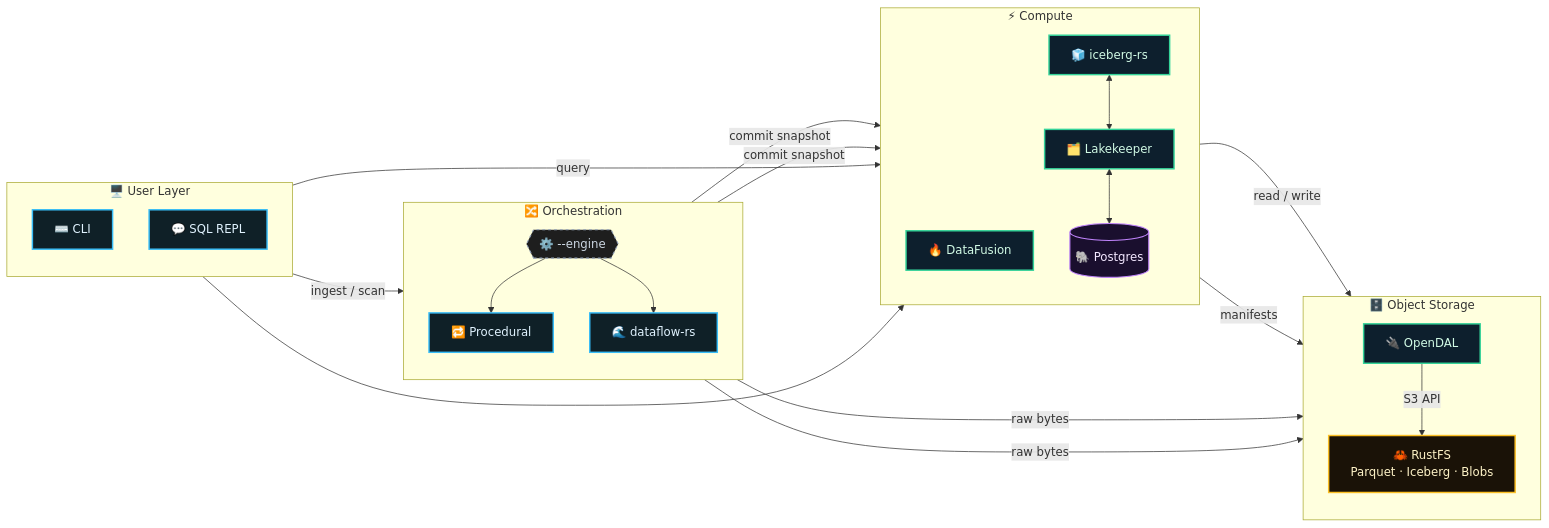
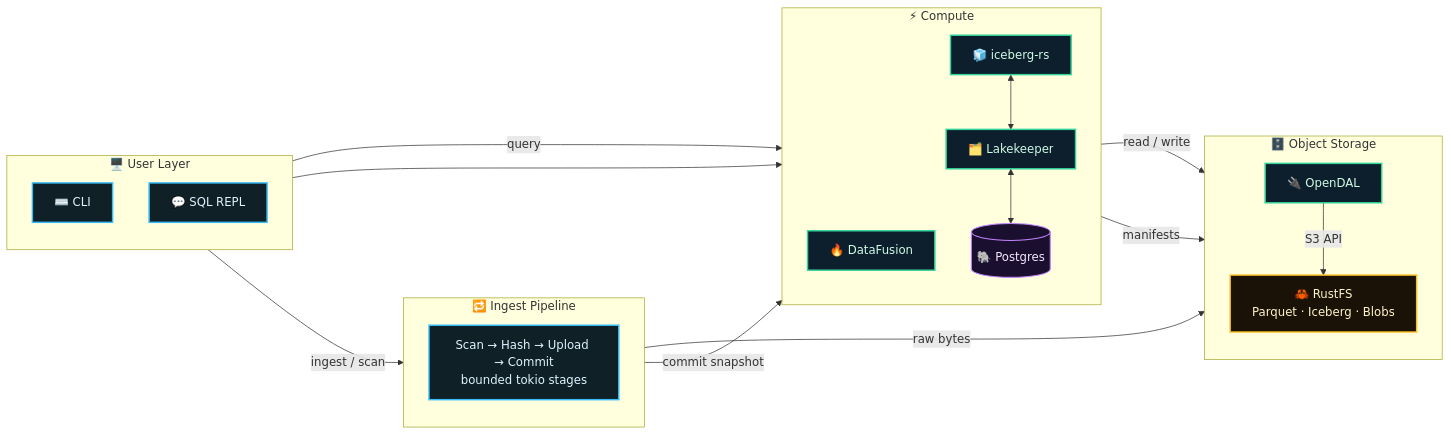
Before and after one commit to sm4rtm4art/anti_entropator: the diagram in docs/ROADMAP-v0.3.0.md, drawn with Mermaid. The commit also changed other lines of this file and 7 other files, not shown here.

First line of the commit message:
docs: supersede ADR-007, drop dataflow-rs dual-engine plan (#210)

````diff
--- a/docs/ROADMAP-v0.3.0.md
+++ b/docs/ROADMAP-v0.3.0.md
@@ -114,53 +116,50 @@
 ```mermaid
 flowchart LR
     classDef ui       fill:#0f2027,stroke:#38bdf8,stroke-width:2px,color:#e0f2fe
     classDef compute  fill:#0d1f2d,stroke:#34d399,stroke-width:2px,color:#d1fae5
     classDef storage  fill:#1a1207,stroke:#fbbf24,stroke-width:2px,color:#fef3c7
     classDef db       fill:#1a0f2e,stroke:#c084fc,stroke-width:1.5px,color:#f3e8ff
     classDef router   fill:#1e1e1e,stroke:#94a3b8,stroke-width:1.5px,color:#cbd5e1,stroke-dasharray:4 4
 
     %% ── Column 1 · Entry points ──────────────────────────────────────────────
     subgraph UL["🖥️  User Layer"]
         direction TB
         CLI["⌨️  CLI"]:::ui
         REPL["💬  SQL REPL"]:::ui
     end
 
-    %% ── Column 2 · Routing ───────────────────────────────────────────────────
-    subgraph OR["🔀  Orchestration"]
+    %% ── Column 2 · Pipeline ──────────────────────────────────────────────────
+    subgraph OR["🔁  Ingest Pipeline"]
         direction TB
-        SWITCH{{"⚙️  --engine"}}:::router
-        PROC["🔁  Procedural"]:::ui
-        DFRS["🌊  dataflow-rs"]:::ui
-        SWITCH --> PROC & DFRS
+        PROC["Scan → Hash → Upload → Commit\nbounded tokio stages"]:::ui
     end
 
     %% ── Column 3 · Compute ───────────────────────────────────────────────────
     subgraph CP["⚡  Compute"]
         direction TB
         DF["🔥  DataFusion"]:::compute
         ICE["🧊  iceberg-rs"]:::compute
         CAT["🗂️  Lakekeeper"]:::compute
         PG[("🐘  Postgres")]:::db
         ICE <--> CAT <--> PG
     end
 
     %% ── Column 4 · Storage ───────────────────────────────────────────────────
     subgraph ST["🗄️  Object Storage"]
         direction TB
         IO["🔌  OpenDAL"]:::compute
         RFS["🦀  RustFS\nParquet · Iceberg · Blobs"]:::storage
         IO -->|S3 API| RFS
     end
 
     %% ── Flow ─────────────────────────────────────────────────────────────────
-    CLI -->|ingest / scan| SWITCH
+    CLI -->|ingest / scan| PROC
     CLI -->|query| DF
     REPL --> DF
 
-    PROC & DFRS -->|raw bytes| IO
-    PROC & DFRS -->|commit snapshot| ICE
+    PROC -->|raw bytes| IO
+    PROC -->|commit snapshot| ICE
 
     DF -->|read / write| IO
     ICE -->|manifests| IO
 ```
````
